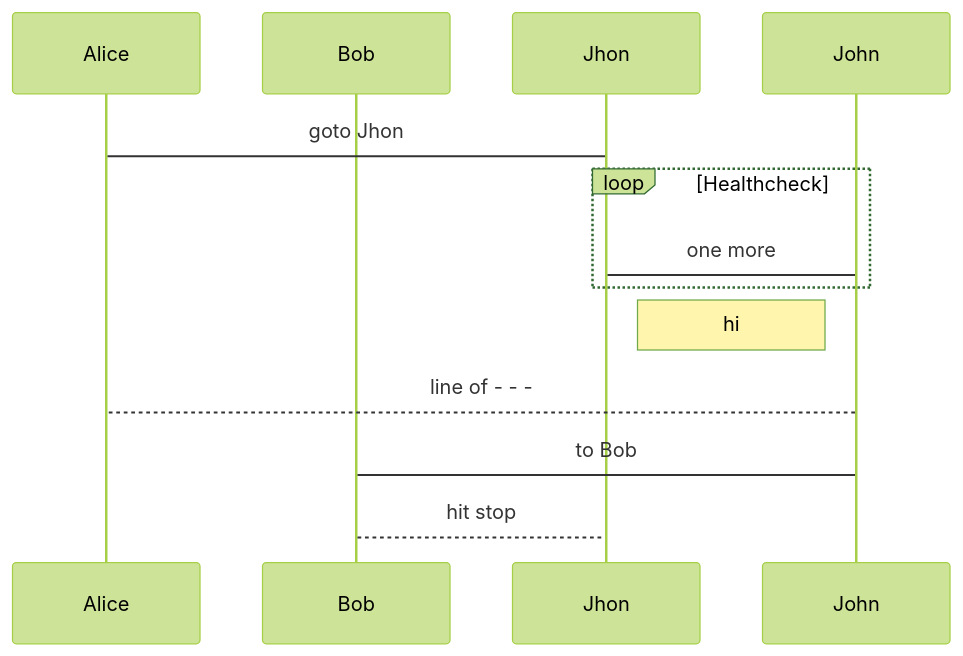
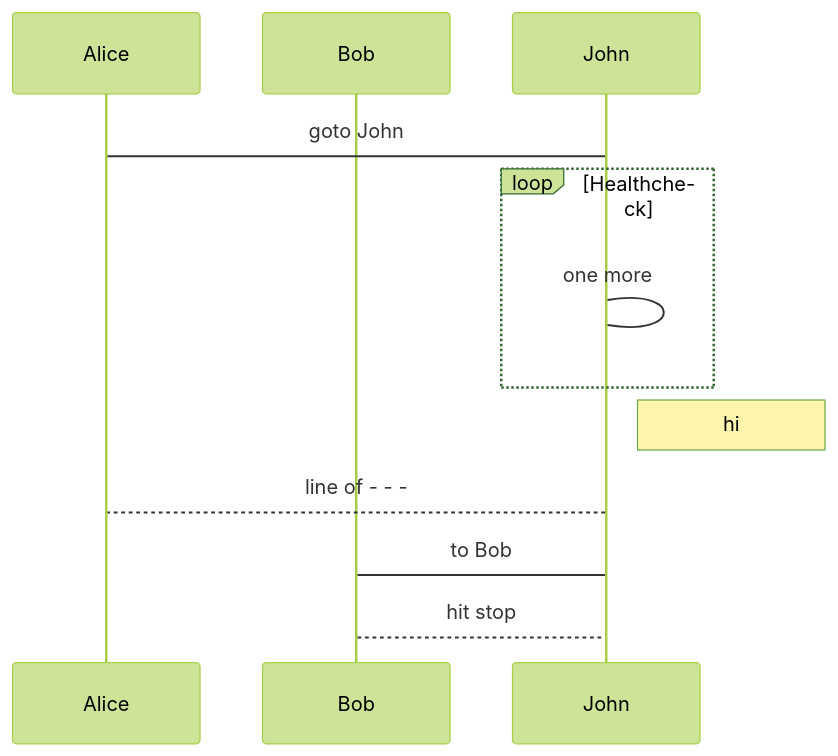
One commit to yaeshimo/hello-world changed the tenth of 11 diagrams in md/mermaid.md. Above: the diagram before and after it, drawn with Mermaid (forest theme). The commit also changed other lines of this file, not shown here.

Commit message:
up mermaid.md  Changes to be committed: 	modified:   mermaid.md

````diff
--- a/md/mermaid.md
+++ b/md/mermaid.md
@@ -102,13 +136,13 @@
 ```mermaid
 sequenceDiagram
   participant Alice
   participant Bob
-  Alice -> Jhon: goto Jhon
+  Alice->John: goto John
   loop Healthcheck
-    Jhon -> John: one more
+    John->John: one more
   end
-  Note right of Jhon: hi
-  John --> Alice: line of - - -
-  John -> Bob: to Bob
-  Bob --> Jhon: hit stop
+  Note right of John: hi
+  John-->Alice: line of - - -
+  John->Bob: to Bob
+  Bob-->John: hit stop
 ```
````
